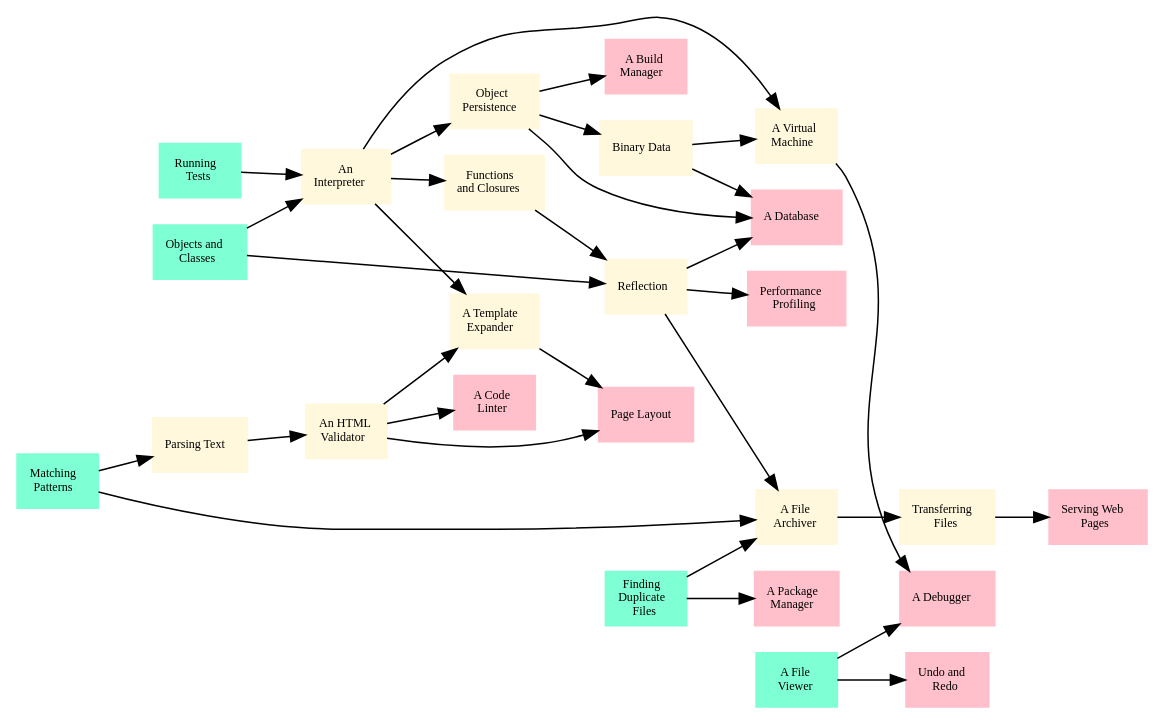
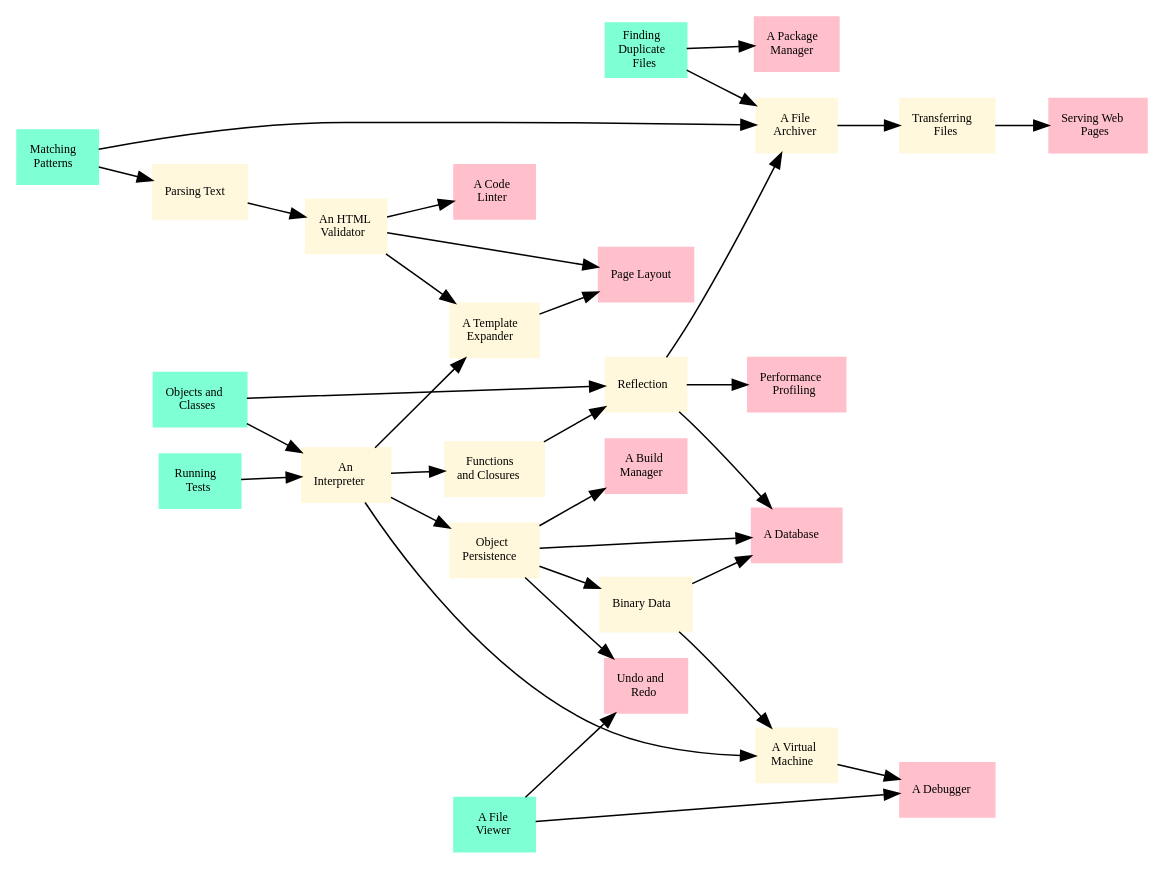
Before and after one commit to gvwilson/sdxpy: the diagram in info/regular.dot, drawn with Graphviz. The commit also changed 17 other files, not shown here.

```diff
--- a/info/regular.dot
+++ b/info/regular.dot
@@ -1,59 +1,60 @@
 digraph {
 	graph [rankdir=LR]
 	node [fontname=Verdana fontsize=8 shape=box style=filled]
 	oop [label=<Objects and<br/>Classes> color=aquamarine]
 	dup [label=<Finding<br/>Duplicate<br/>Files> color=aquamarine]
 	glob [label=<Matching<br/>Patterns> color=aquamarine]
 	parse [label=<Parsing Text> color=cornsilk]
 	test [label=<Running<br/>Tests> color=aquamarine]
 	interp [label=<An<br/>Interpreter> color=cornsilk]
 	func [label=<Functions<br/>and Closures> color=cornsilk]
 	reflect [label=<Reflection> color=cornsilk]
 	archive [label=<A File<br/>Archiver> color=cornsilk]
 	check [label=<An HTML<br/>Validator> color=cornsilk]
 	template [label=<A Template<br/>Expander> color=cornsilk]
 	lint [label=<A Code<br/>Linter> color=pink]
 	layout [label=<Page Layout> color=pink]
 	perf [label=<Performance<br/>Profiling> color=pink]
 	persist [label=<Object<br/>Persistence> color=cornsilk]
 	binary [label=<Binary Data> color=cornsilk]
 	db [label=<A Database> color=pink]
 	build [label=<A Build<br/>Manager> color=pink]
 	pack [label=<A Package<br/>Manager> color=pink]
 	ftp [label=<Transferring<br/>Files> color=cornsilk]
 	http [label=<Serving Web<br/>Pages> color=pink]
 	viewer [label=<A File<br/>Viewer> color=aquamarine]
 	undo [label=<Undo and<br/>Redo> color=pink]
 	vm [label=<A Virtual<br/>Machine> color=cornsilk]
 	debugger [label=<A Debugger> color=pink]
 	glob -> parse
+	oop -> interp
 	test -> interp
-	oop -> interp
 	interp -> func
 	func -> reflect
 	oop -> reflect
+	reflect -> archive
 	glob -> archive
 	dup -> archive
-	reflect -> archive
 	parse -> check
 	interp -> template
 	check -> template
 	check -> lint
+	template -> layout
 	check -> layout
-	template -> layout
 	reflect -> perf
 	interp -> persist
 	persist -> binary
+	reflect -> db
 	persist -> db
 	binary -> db
-	reflect -> db
 	persist -> build
 	dup -> pack
 	archive -> ftp
 	ftp -> http
 	viewer -> undo
+	persist -> undo
 	interp -> vm
 	binary -> vm
 	viewer -> debugger
 	vm -> debugger
 }
```
